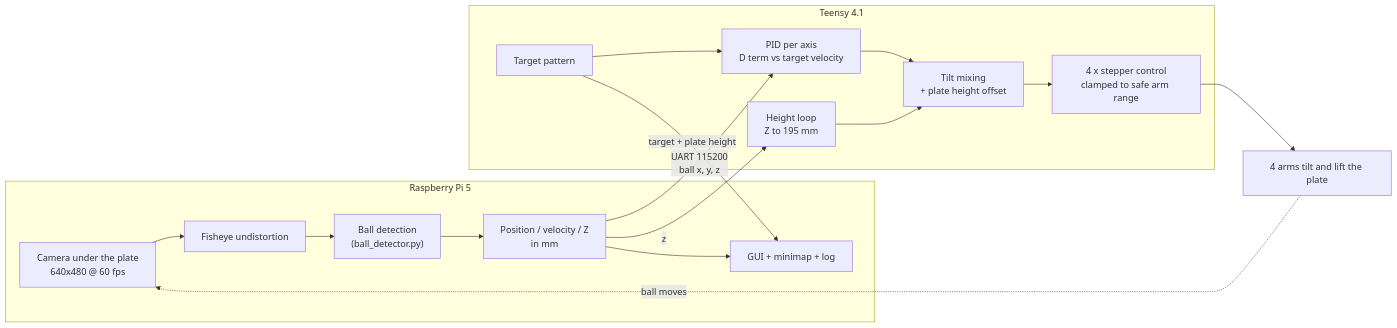
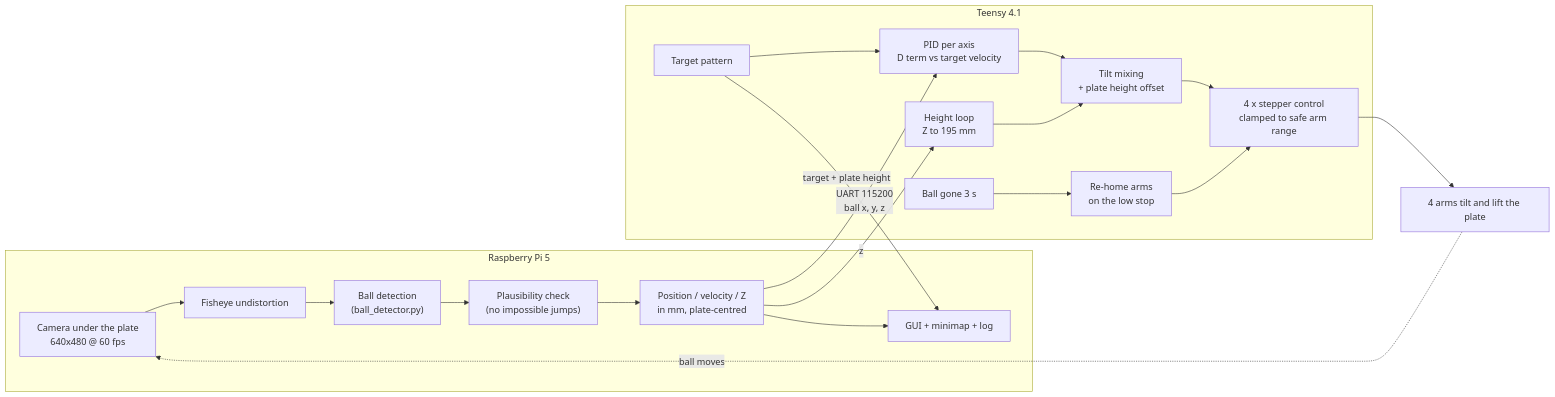
One commit to alexivan04/Pong-Stabilizer changed the diagram in README.md. Above: the diagram before and after it, drawn with Mermaid. The commit also changed other lines of this file, not shown here.

Commit message:
README: current state (plate-centred coordinates, plausibility check, re-homing, limits, test protocol, hardware)

````diff
--- a/README.md
+++ b/README.md
@@ -37,20 +39,23 @@
 ```mermaid
 flowchart LR
     subgraph Pi["Raspberry Pi 5"]
         CAM[Camera under the plate<br/>640x480 @ 60 fps] --> UND[Fisheye undistortion]
         UND --> DET["Ball detection<br/>(ball_detector.py)"]
-        DET --> TRK[Position / velocity / Z<br/>in mm]
+        DET --> GATE["Plausibility check<br/>(no impossible jumps)"]
+        GATE --> TRK[Position / velocity / Z<br/>in mm, plate-centred]
         TRK --> GUI[GUI + minimap + log]
     end
     subgraph Teensy["Teensy 4.1"]
         PAT[Target pattern] --> PID[PID per axis<br/>D term vs target velocity]
         PID --> MIX[Tilt mixing<br/>+ plate height offset]
         HGT[Height loop<br/>Z to 195 mm] --> MIX
         MIX --> STEP[4 x stepper control<br/>clamped to safe arm range]
+        LOST[Ball gone 3 s] --> HOME[Re-home arms<br/>on the low stop]
+        HOME --> STEP
     end
     TRK -- "UART 115200<br/>ball x, y, z" --> PID
     TRK -- "z" --> HGT
     PAT -- "target + plate height" --> GUI
     STEP --> ARMS[4 arms tilt and lift the plate]
     ARMS -. ball moves .-> CAM
 ```
````
